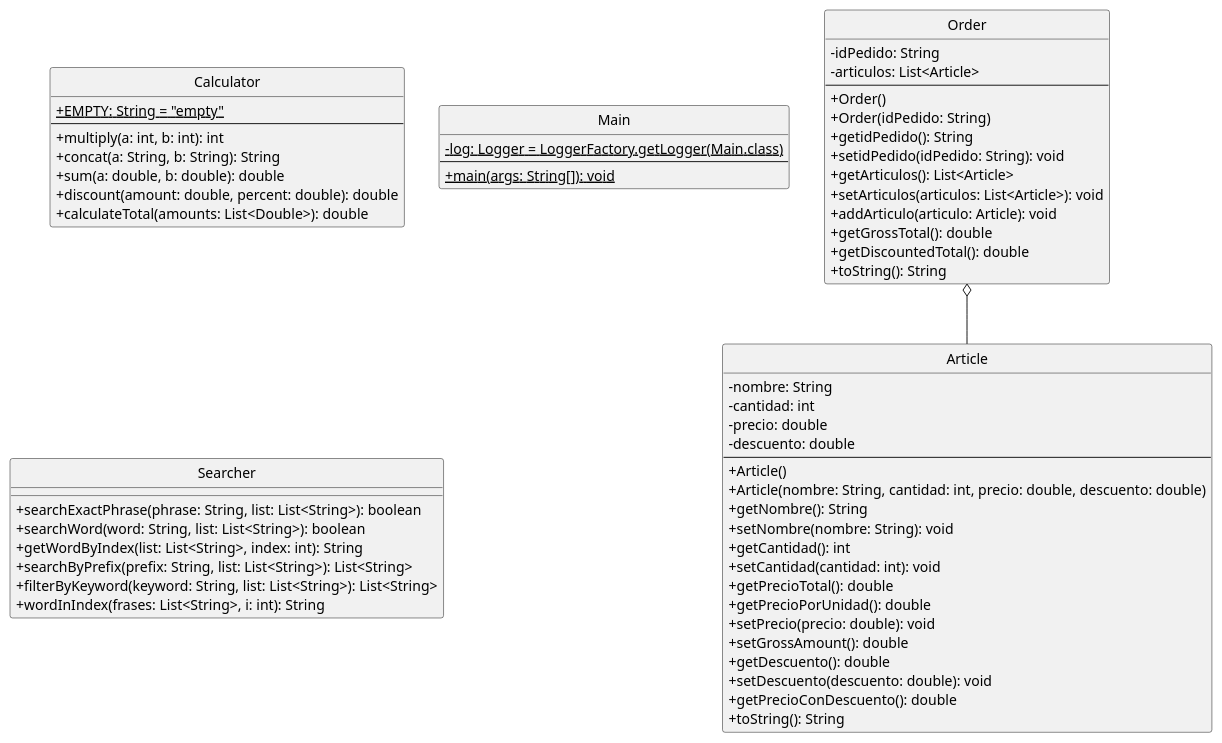
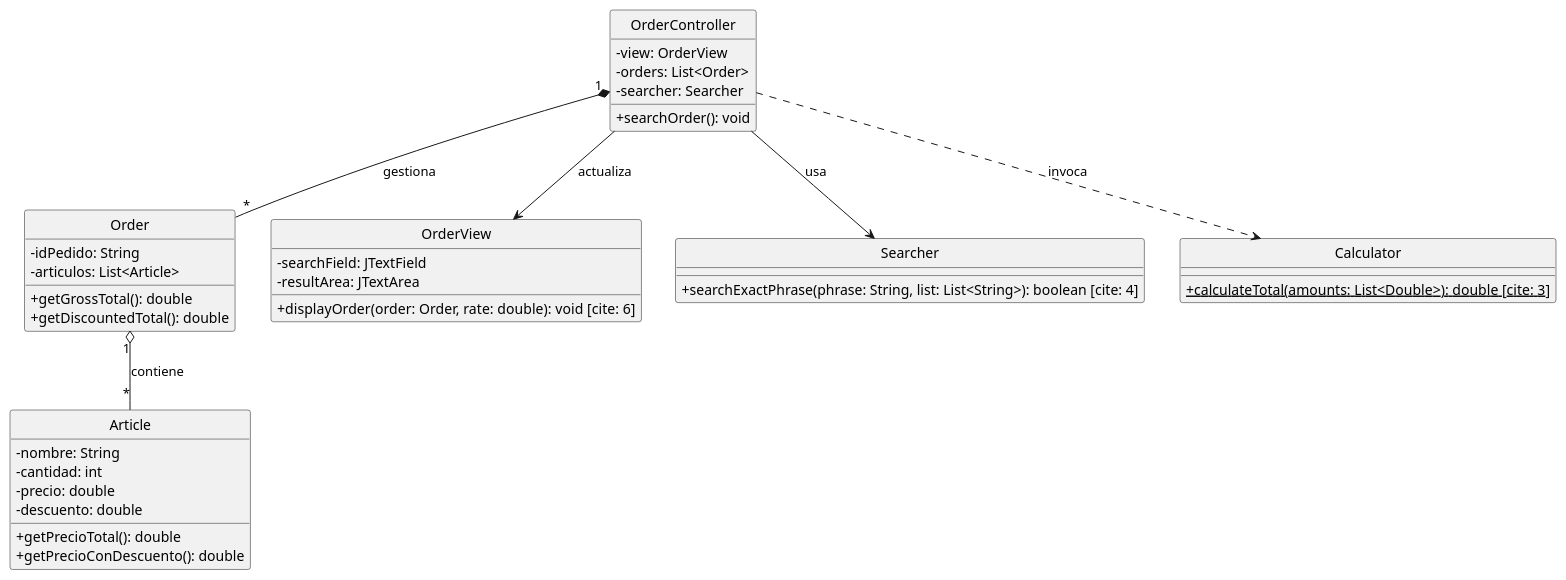
Before and after one commit to AlejandroRodasSamblasUniversidadEuropea/alejandro-rodas: the diagram in src/main/resources/images/plantuml/Model.puml, drawn with PlantUML. The commit also changed other lines of this file and 3 other files, not shown here.

```diff
--- a/src/main/resources/images/plantuml/Model.puml
+++ b/src/main/resources/images/plantuml/Model.puml
@@ -6,69 +1,49 @@
-@startuml
+@startuml ModeloClasesSistema
 skinparam classAttributeIconSize 0
 hide circle
+
+Order "1" o-- "*" Article : contiene 
+
+OrderController --> OrderView : "actualiza" 
+OrderController --> Searcher : "usa" 
+OrderController "1" *-- "*" Order : "gestiona" 
+OrderController ..> Calculator : "invoca" 
 
 class Article {
   -nombre: String
   -cantidad: int
   -precio: double
   -descuento: double
-  --
-  +Article()
-  +Article(nombre: String, cantidad: int, precio: double, descuento: double)
-  +getNombre(): String
-  +setNombre(nombre: String): void
-  +getCantidad(): int
-  +setCantidad(cantidad: int): void
-  +getPrecioTotal(): double
-  +getPrecioPorUnidad(): double
-  +setPrecio(precio: double): void
-  +setGrossAmount(): double
-  +getDescuento(): double
-  +setDescuento(descuento: double): void
-  +getPrecioConDescuento(): double
-  +toString(): String
-}
-
-class Calculator {
-  +{static} EMPTY: String = "empty"
-  --
-  +multiply(a: int, b: int): int
-  +concat(a: String, b: String): String
-  +sum(a: double, b: double): double
-  +discount(amount: double, percent: double): double
-  +calculateTotal(amounts: List<Double>): double
-}
-
-class Main {
-  -{static} log: Logger = LoggerFactory.getLogger(Main.class)
-  --
-  +{static} main(args: String[]): void
+  +getPrecioTotal(): double 
+  +getPrecioConDescuento(): double 
 }
 
 class Order {
   -idPedido: String
   -articulos: List<Article>
-  --
-  +Order()
-  +Order(idPedido: String)
-  +getidPedido(): String
-  +setidPedido(idPedido: String): void
-  +getArticulos(): List<Article>
-  +setArticulos(articulos: List<Article>): void
-  +addArticulo(articulo: Article): void
-  +getGrossTotal(): double
-  +getDiscountedTotal(): double
-  +toString(): String
+  +getGrossTotal(): double 
+  +getDiscountedTotal(): double 
+}
+
+class OrderController {
+  -view: OrderView
+  -orders: List<Order>
+  -searcher: Searcher
+  +searchOrder(): void 
+}
+
+class OrderView {
+  -searchField: JTextField
+  -resultArea: JTextArea
+  +displayOrder(order: Order, rate: double): void [cite: 6]
 }
 
 class Searcher {
-  +searchExactPhrase(phrase: String, list: List<String>): boolean
-  +searchWord(word: String, list: List<String>): boolean
-  +getWordByIndex(list: List<String>, index: int): String
-  +searchByPrefix(prefix: String, list: List<String>): List<String>
-  +filterByKeyword(keyword: String, list: List<String>): List<String>
-  +wordInIndex(frases: List<String>, i: int): String
+  +searchExactPhrase(phrase: String, list: List<String>): boolean [cite: 4]
 }
 
-Order o-- Article
+class Calculator {
+  +{static} calculateTotal(amounts: List<Double>): double [cite: 3]
+}
+
 @enduml
```
